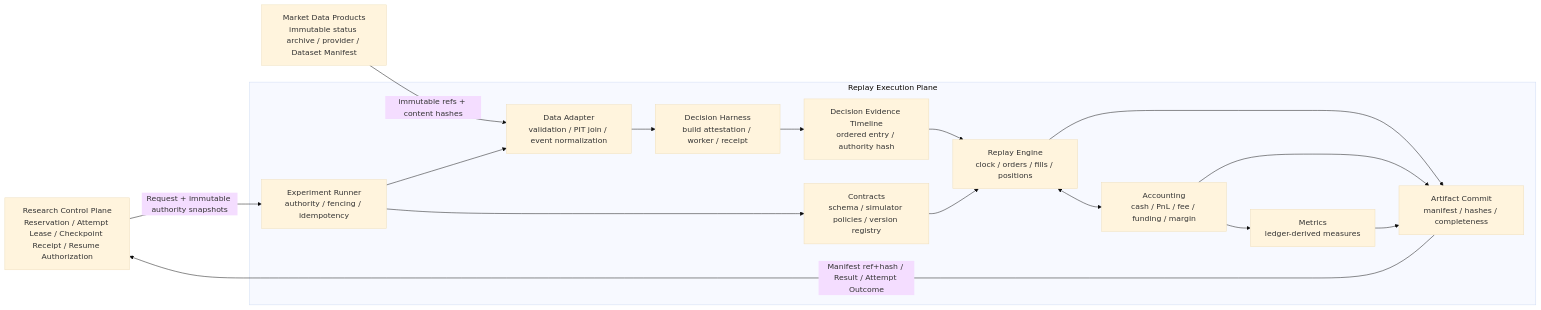
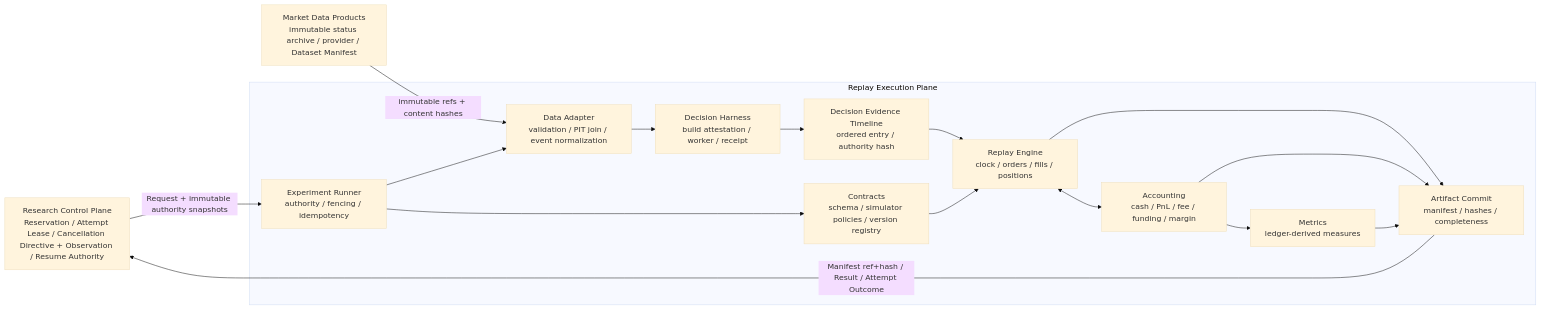
The diagram in docs/rd-replay-execution-plane-design.md (qOeOp/trade), drawn with Mermaid (base theme) before and after one commit. The commit also changed other lines of this file and 2 other files, not shown here.

Commit message:
Document Replay cancellation acknowledgement seam

````diff
--- a/docs/rd-replay-execution-plane-design.md
+++ b/docs/rd-replay-execution-plane-design.md
@@ -73,30 +75,30 @@
 ```mermaid
 flowchart LR
-  CP["Research Control Plane\nReservation / Attempt Lease / Checkpoint Receipt / Resume Authorization"] -->|"Request + immutable authority snapshots"| RR
+  CP["Research Control Plane\nReservation / Attempt Lease / Cancellation Directive + Observation / Resume Authority"] -->|"Request + immutable authority snapshots"| RR
   MD["Market Data Products\nimmutable status archive / provider / Dataset Manifest"] -->|"immutable refs + content hashes"| DA
 
   subgraph RP["Replay Execution Plane"]
     RR["Experiment Runner\nauthority / fencing / idempotency"]
     CT["Contracts\nschema / simulator policies / version registry"]
     DA["Data Adapter\nvalidation / PIT join / event normalization"]
     DH["Decision Harness\nbuild attestation / worker / receipt"]
     DT["Decision Evidence Timeline\nordered entry / authority hash"]
     EN["Replay Engine\nclock / orders / fills / positions"]
     AC["Accounting\ncash / PnL / fee / funding / margin"]
     MT["Metrics\nledger-derived measures"]
     AR["Artifact Commit\nmanifest / hashes / completeness"]
     RR --> CT
     RR --> DA
     DA --> DH
     DH --> DT
     DT --> EN
     CT --> EN
     EN <--> AC
     AC --> MT
     EN --> AR
     AC --> AR
     MT --> AR
   end
 
   AR -->|"Manifest ref+hash / Result / Attempt Outcome"| CP
 ```
````
